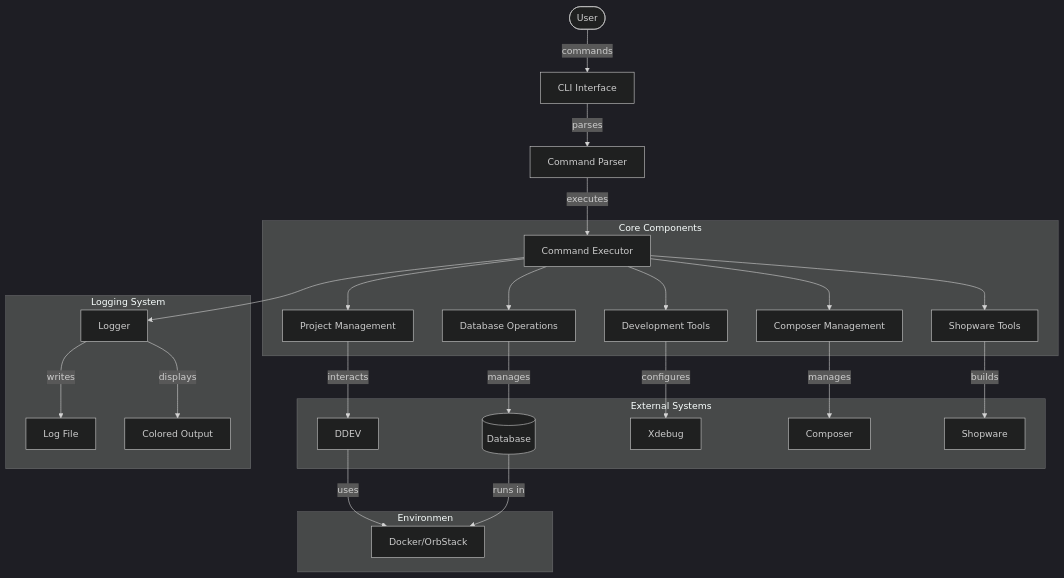
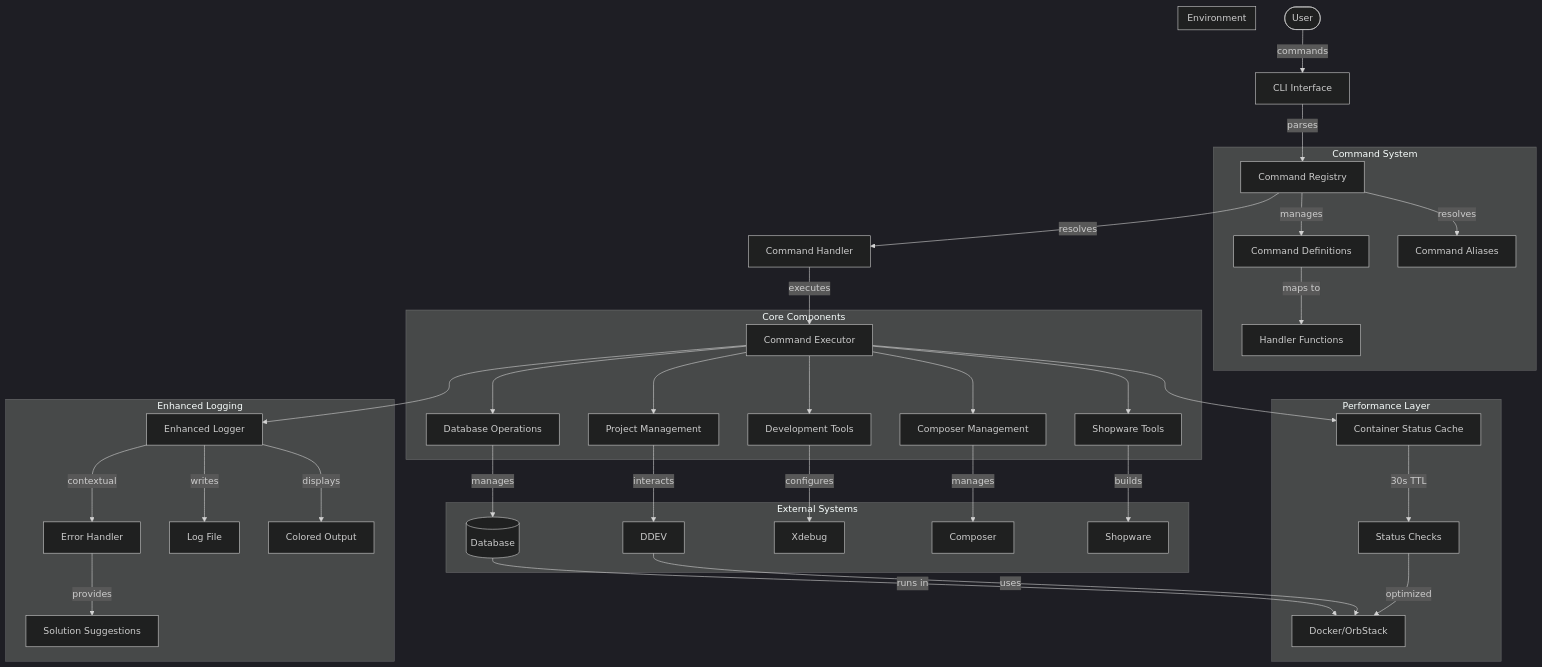
One commit to akaw/dev-cli-tools changed the diagram in README.md. Above: the diagram before and after it, drawn with Mermaid (dark theme). The commit also changed other lines of this file and 4 other files, not shown here.

````diff
--- a/README.md
+++ b/README.md
@@ -14,33 +14,48 @@
 ```mermaid
 graph TB
     User([User]) --> |commands| CLI[CLI Interface]
-    CLI --> |parses| Parser[Command Parser]
-    Parser --> |executes| CommandExecutor[Command Executor]
+    CLI --> |parses| Registry[Command Registry]
+    Registry --> |resolves| Handler[Command Handler]
+    Handler --> |executes| Executor[Command Executor]
+
+    subgraph Command System
+        Registry --> |manages| Commands[Command Definitions]
+        Registry --> |resolves| Aliases[Command Aliases]
+        Commands --> |maps to| Handlers[Handler Functions]
+    end
 
     subgraph Core Components
-        CommandExecutor --> ProjectMgmt[Project Management]
-        CommandExecutor --> DBOps[Database Operations]
-        CommandExecutor --> DevTools[Development Tools]
-        CommandExecutor --> ComposerMgmt[Composer Management]
-        CommandExecutor --> ShopwareTools[Shopware Tools]
+        Executor --> ProjectMgmt[Project Management]
+        Executor --> DBOps[Database Operations]
+        Executor --> DevTools[Development Tools]
+        Executor --> ComposerMgmt[Composer Management]
+        Executor --> ShopwareTools[Shopware Tools]
+    end
+
+    subgraph Performance Layer
+        Executor --> Cache[Container Status Cache]
+        Cache --> |30s TTL| StatusCheck[Status Checks]
+        StatusCheck --> |optimized| Docker[Docker API]
     end
 
     subgraph External Systems
         ProjectMgmt --> |interacts| DDEV[DDEV]
         DBOps --> |manages| Database[(Database)]
         DevTools --> |configures| Xdebug[Xdebug]
         ComposerMgmt --> |manages| Composer[Composer]
         ShopwareTools --> |builds| Shopware[Shopware]
     end
 
-    subgraph Environmen
+    subgraph Environment
         DDEV --> |uses| Docker[Docker/OrbStack]
         Database --> |runs in| Docker
     end
 
-    subgraph Logging System
-        CommandExecutor --> Logger[Logger]
+    subgraph Enhanced Logging
+        Executor --> Logger[Enhanced Logger]
+        Logger --> |contextual| ErrorHandler[Error Handler]
         Logger --> |writes| LogFile[Log File]
         Logger --> |displays| ColorOutput[Colored Output]
+        ErrorHandler --> |provides| Solutions[Solution Suggestions]
     end
 ```
````
